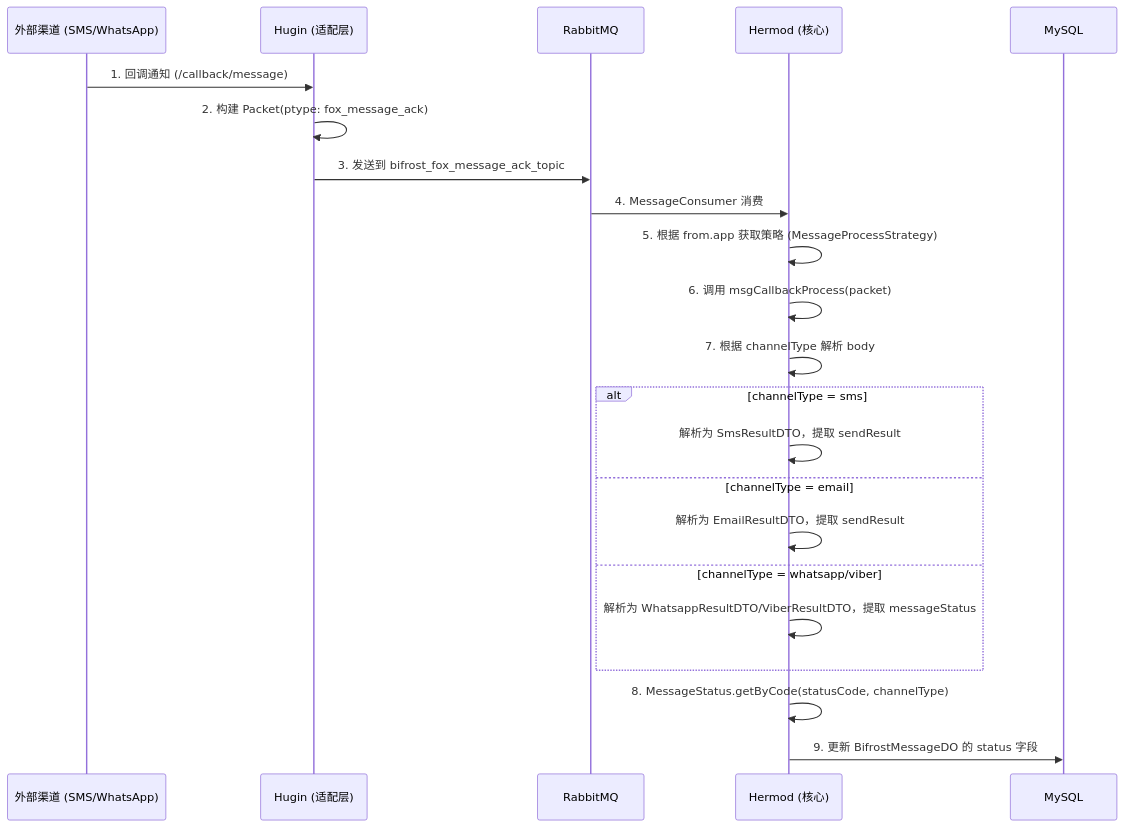
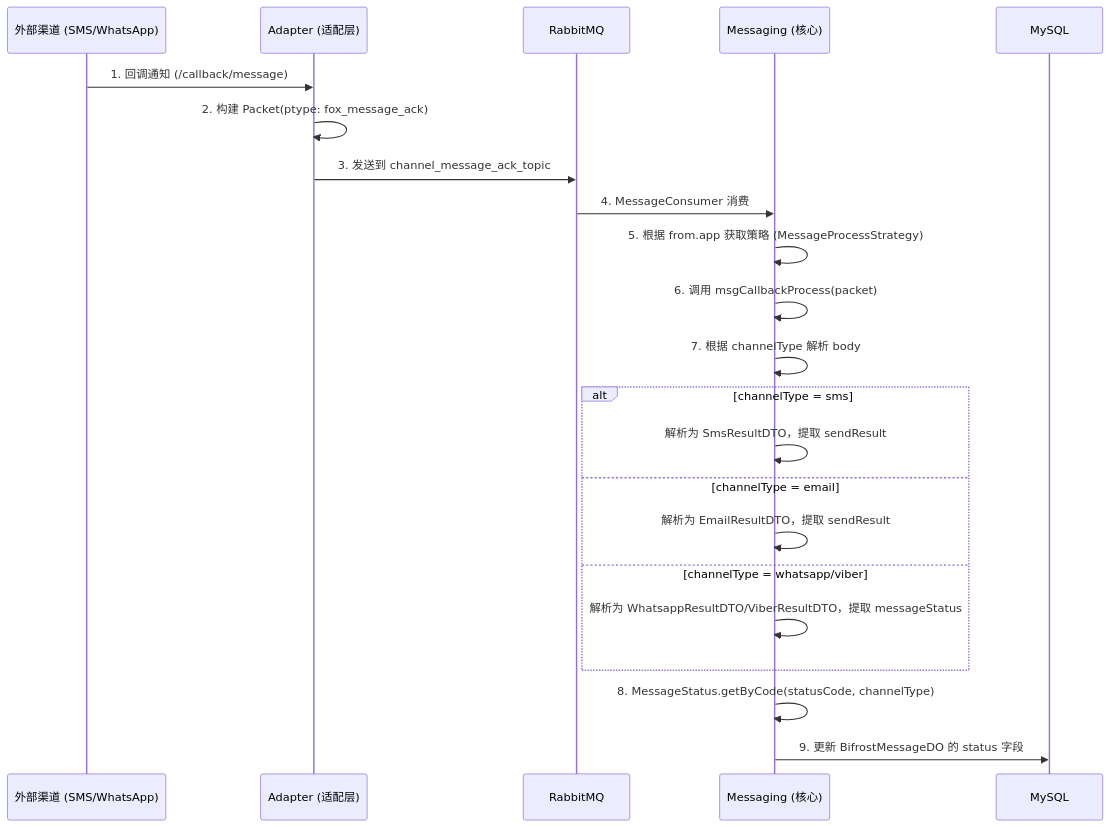
Before and after one commit to givingwu/bifrost-chat: diagram 11 of 13 in specs/bifrost-client-integration-guide.md, drawn with Mermaid. The commit also changed other lines of this file and 53 other files, not shown here.

````diff
--- a/specs/bifrost-client-integration-guide.md
+++ b/specs/bifrost-client-integration-guide.md
@@ -1004,25 +1004,25 @@
 ```mermaid
 sequenceDiagram
     participant EXT as 外部渠道 (SMS/WhatsApp)
-    participant HG as Hugin (适配层)
+    participant HG as Adapter (适配层)
     participant MQ as RabbitMQ
-    participant HM as Hermod (核心)
+    participant HM as Messaging (核心)
     participant DB as MySQL
 
     EXT->>HG: 1. 回调通知 (/callback/message)
     HG->>HG: 2. 构建 Packet(ptype: fox_message_ack)
-    HG->>MQ: 3. 发送到 bifrost_fox_message_ack_topic
+    HG->>MQ: 3. 发送到 channel_message_ack_topic
     MQ->>HM: 4. MessageConsumer 消费
     HM->>HM: 5. 根据 from.app 获取策略 (MessageProcessStrategy)
     HM->>HM: 6. 调用 msgCallbackProcess(packet)
     HM->>HM: 7. 根据 channelType 解析 body
     alt channelType = sms
         HM->>HM: 解析为 SmsResultDTO，提取 sendResult
     else channelType = email
         HM->>HM: 解析为 EmailResultDTO，提取 sendResult
     else channelType = whatsapp/viber
         HM->>HM: 解析为 WhatsappResultDTO/ViberResultDTO，提取 messageStatus
     end
     HM->>HM: 8. MessageStatus.getByCode(statusCode, channelType)
     HM->>DB: 9. 更新 BifrostMessageDO 的 status 字段
 ```
````
